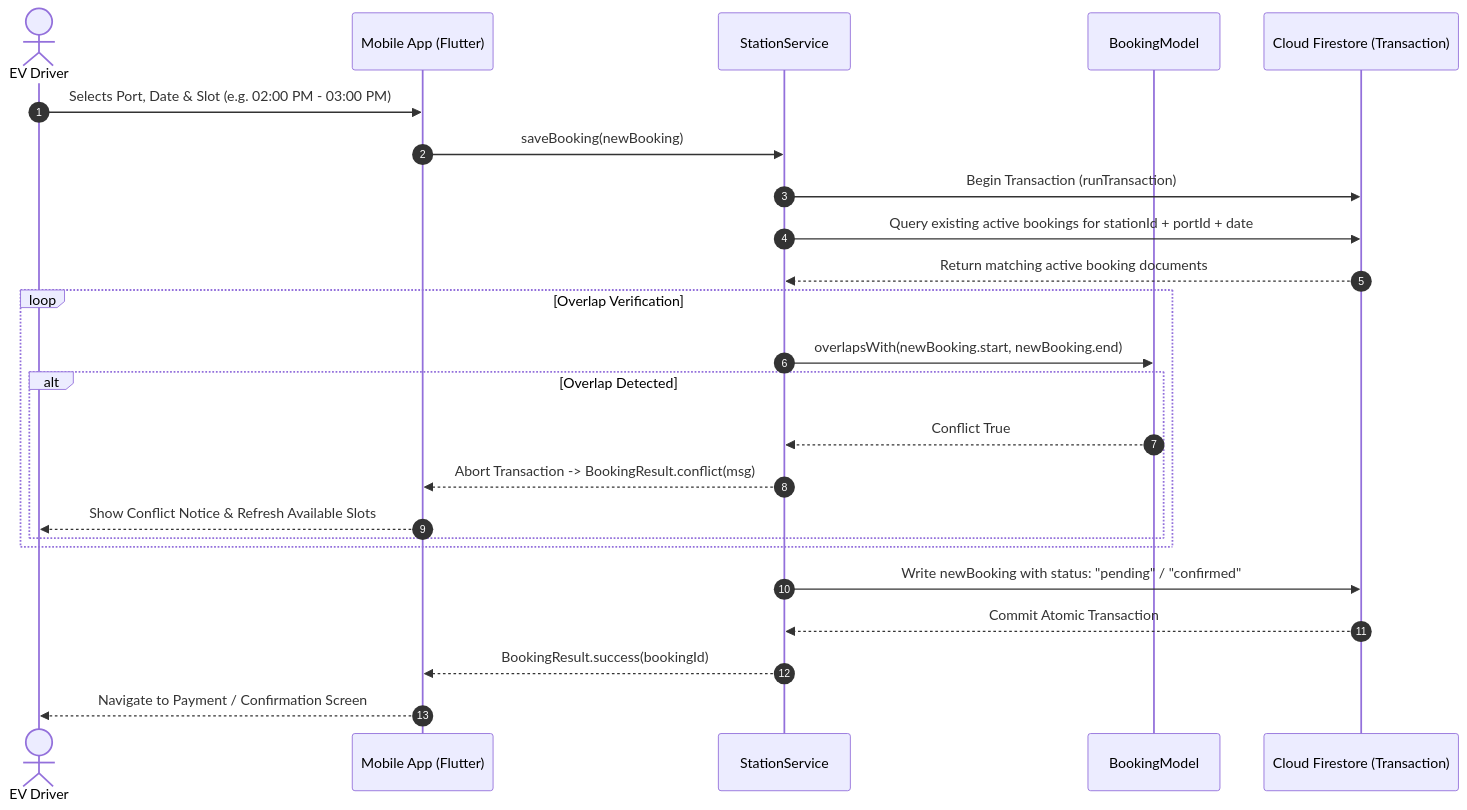
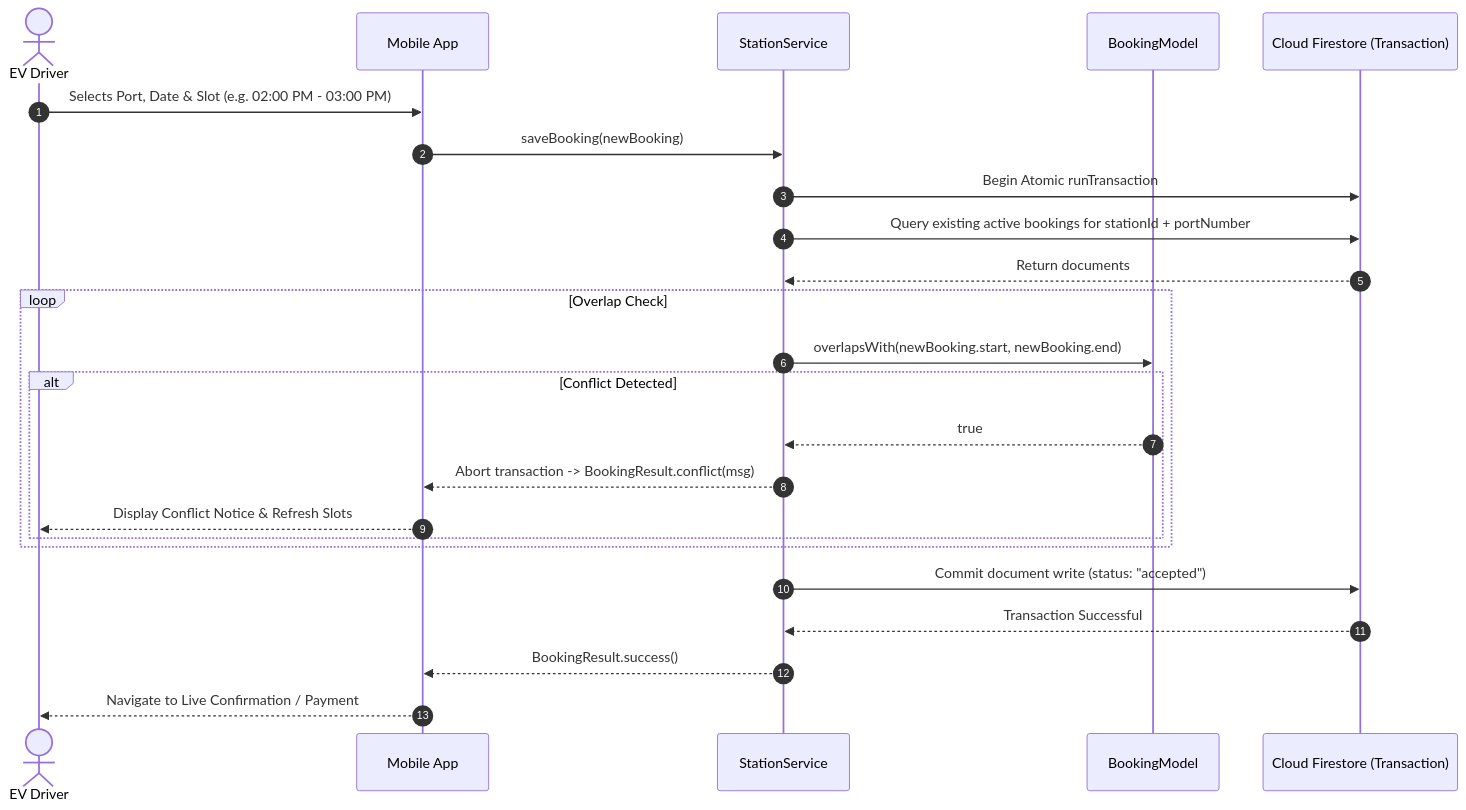
Before and after one commit to AbdulFahad31/AmpTrail: the second of 2 diagrams in README.md, drawn with Mermaid. The commit also changed other lines of this file, not shown here.

Commit message:
docs: enhance README with platform showcase banner and interface architecture flow

````diff
--- a/README.md
+++ b/README.md
@@ -89,27 +126,27 @@
 ```mermaid
 sequenceDiagram
     autonumber
-    actor User as EV Driver
-    participant App as Mobile App (Flutter)
+    actor Driver as EV Driver
+    participant App as Mobile App
     participant Service as StationService
     participant Model as BookingModel
     participant DB as Cloud Firestore (Transaction)
 
-    User->>App: Selects Port, Date & Slot (e.g. 02:00 PM - 03:00 PM)
+    Driver->>App: Selects Port, Date & Slot (e.g. 02:00 PM - 03:00 PM)
     App->>Service: saveBooking(newBooking)
-    Service->>DB: Begin Transaction (runTransaction)
-    Service->>DB: Query existing active bookings for stationId + portId + date
-    DB-->>Service: Return matching active booking documents
-    loop Overlap Verification
+    Service->>DB: Begin Atomic runTransaction
+    Service->>DB: Query existing active bookings for stationId + portNumber
+    DB-->>Service: Return documents
+    loop Overlap Check
         Service->>Model: overlapsWith(newBooking.start, newBooking.end)
-        alt Overlap Detected
-            Model-->>Service: Conflict True
-            Service-->>App: Abort Transaction -> BookingResult.conflict(msg)
-            App-->>User: Show Conflict Notice & Refresh Available Slots
+        alt Conflict Detected
+            Model-->>Service: true
+            Service-->>App: Abort transaction -> BookingResult.conflict(msg)
+            App-->>Driver: Display Conflict Notice & Refresh Slots
         end
     end
-    Service->>DB: Write newBooking with status: "pending" / "confirmed"
-    DB-->>Service: Commit Atomic Transaction
-    Service-->>App: BookingResult.success(bookingId)
-    App-->>User: Navigate to Payment / Confirmation Screen
+    Service->>DB: Commit document write (status: "accepted")
+    DB-->>Service: Transaction Successful
+    Service-->>App: BookingResult.success()
+    App-->>Driver: Navigate to Live Confirmation / Payment
 ```
````
